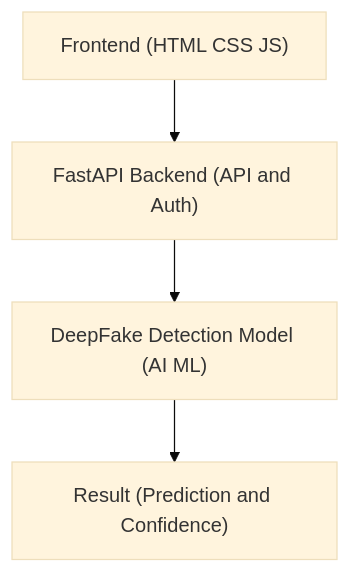
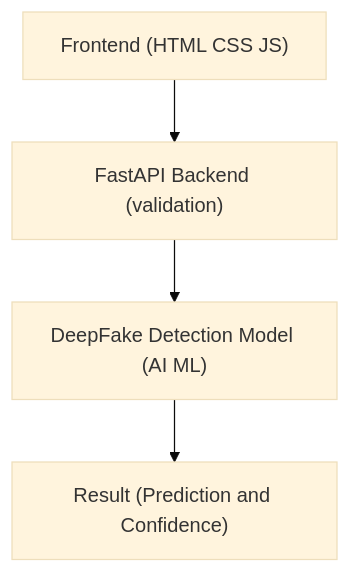
One commit to applejuice093/Deepfake-Detector changed the diagram in README.md. Above: the diagram before and after it, drawn with Mermaid (base theme). The commit also changed other lines of this file, not shown here.

````diff
--- a/README.md
+++ b/README.md
@@ -38,7 +40,7 @@
 ```mermaid
 flowchart TD
-    A["Frontend (HTML CSS JS)"] --> B["FastAPI Backend (API and Auth)"]
+    A["Frontend (HTML CSS JS)"] --> B["FastAPI Backend (validation)"]
     B --> C["DeepFake Detection Model (AI ML)"]
     C --> D["Result (Prediction and Confidence)"]
 
 ```
````
